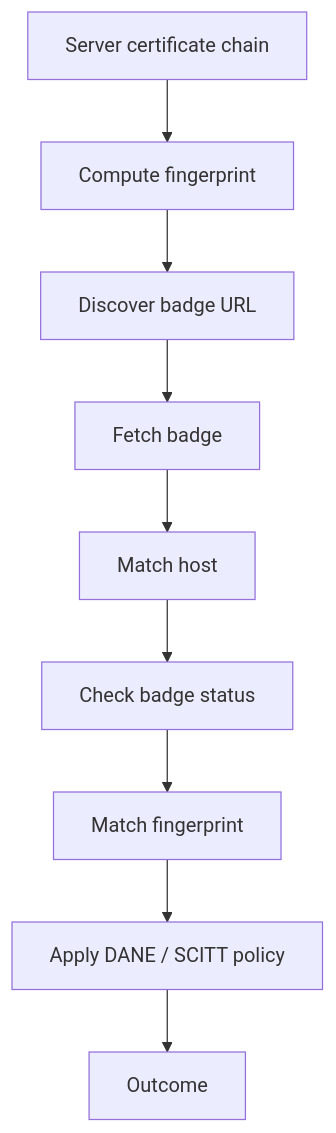
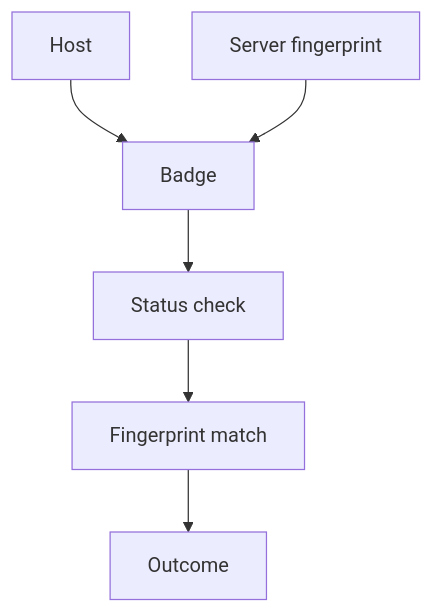
One commit to 1amageek/ans-sdk-swift changed the second of 4 diagrams in SPEC.md. Above: the diagram before and after it, drawn with Mermaid. The commit also changed other lines of this file and 191 other files, not shown here.

````diff
--- a/SPEC.md
+++ b/SPEC.md
@@ -703,11 +76,8 @@
 ```mermaid
 flowchart TB
-  Start["Server certificate chain"] --> Fingerprint["Compute fingerprint"]
-  Fingerprint --> DNS["Discover badge URL"]
-  DNS --> Badge["Fetch badge"]
-  Badge --> HostMatch["Match host"]
-  HostMatch --> Status["Check badge status"]
-  Status --> CertMatch["Match fingerprint"]
-  CertMatch --> Policy["Apply DANE / SCITT policy"]
-  Policy --> Outcome["Outcome"]
+  Host["Host"] --> Badge["Badge"]
+  Fingerprint["Server fingerprint"] --> Badge
+  Badge --> Status["Status check"]
+  Status --> Match["Fingerprint match"]
+  Match --> Outcome["Outcome"]
 ```
````
